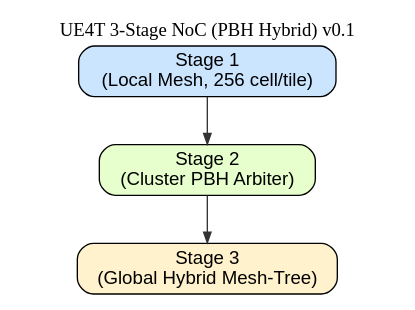
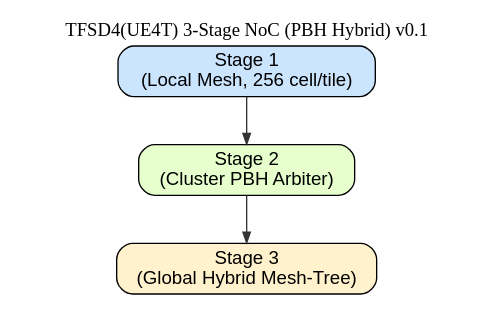
Before and after one commit to trustfarm/TFSDxr-Neuron-Quantization: the diagram in docs/ue4t_nmc/diagrams/nmc_noc_3stage.dot, drawn with Graphviz. The commit also changed 24 other files, not shown here.

Commit message:
Updates TFSD4 NeuroMorphic Architecture coding documents.

```diff
--- a/docs/ue4t_nmc/diagrams/nmc_noc_3stage.dot
+++ b/docs/ue4t_nmc/diagrams/nmc_noc_3stage.dot
@@ -1,14 +1,14 @@
 digraph NMC_NOC {
-  label = "UE4T 3-Stage NoC (PBH Hybrid) v0.1";
+  label = "TFSD4(UE4T) 3-Stage NoC (PBH Hybrid) v0.1";
   labelloc = "t";
 
   rankdir=TB;
   node [shape=box, style="rounded,filled", fontname="Helvetica"];
   edge [color="#333333", arrowsize=0.8];
 
   stage1 [label="Stage 1\n(Local Mesh, 256 cell/tile)", fillcolor="#CCE5FF"];
   stage2 [label="Stage 2\n(Cluster PBH Arbiter)", fillcolor="#E6FFCC"];
   stage3 [label="Stage 3\n(Global Hybrid Mesh-Tree)", fillcolor="#FFF2CC"];
 
   stage1 -> stage2 -> stage3;
 }
```
